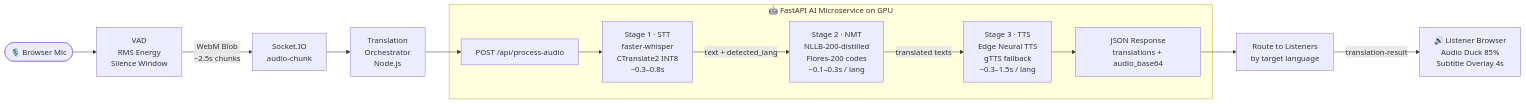
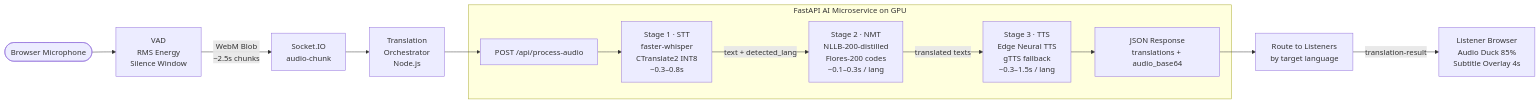
One commit to Saurabh1127/Final-year changed the second of 6 diagrams in README.md. Above: the diagram before and after it, drawn with Mermaid. The commit also changed other lines of this file and 32 other files, not shown here.

````diff
--- a/README.md
+++ b/README.md
@@ -75,17 +75,17 @@
 ```mermaid
 flowchart LR
-    A(["🎙️ Browser Mic"]) --> B["VAD\nRMS Energy\nSilence Window"]
+    A(["Browser Microphone"]) --> B["VAD\nRMS Energy\nSilence Window"]
     B -->|"WebM Blob\n~2.5s chunks"| C["Socket.IO\naudio-chunk"]
     C --> D["Translation\nOrchestrator\nNode.js"]
     D --> E["POST /api/process-audio"]
 
-    subgraph FastAPI["🤖 FastAPI AI Microservice on GPU"]
+    subgraph FastAPI["FastAPI AI Microservice on GPU"]
         E --> F["Stage 1 · STT\nfaster-whisper\nCTranslate2 INT8\n~0.3–0.8s"]
         F -->|"text + detected_lang"| G["Stage 2 · NMT\nNLLB-200-distilled\nFlores-200 codes\n~0.1–0.3s / lang"]
         G -->|"translated texts"| H["Stage 3 · TTS\nEdge Neural TTS\ngTTS fallback\n~0.3–1.5s / lang"]
         H --> I["JSON Response\ntranslations + audio_base64"]
     end
 
     I --> J["Route to Listeners\nby target language"]
-    J -->|"translation-result"| K["🔊 Listener Browser\nAudio Duck 85%\nSubtitle Overlay 4s"]
+    J -->|"translation-result"| K["Listener Browser\nAudio Duck 85%\nSubtitle Overlay 4s"]
 ```
````
